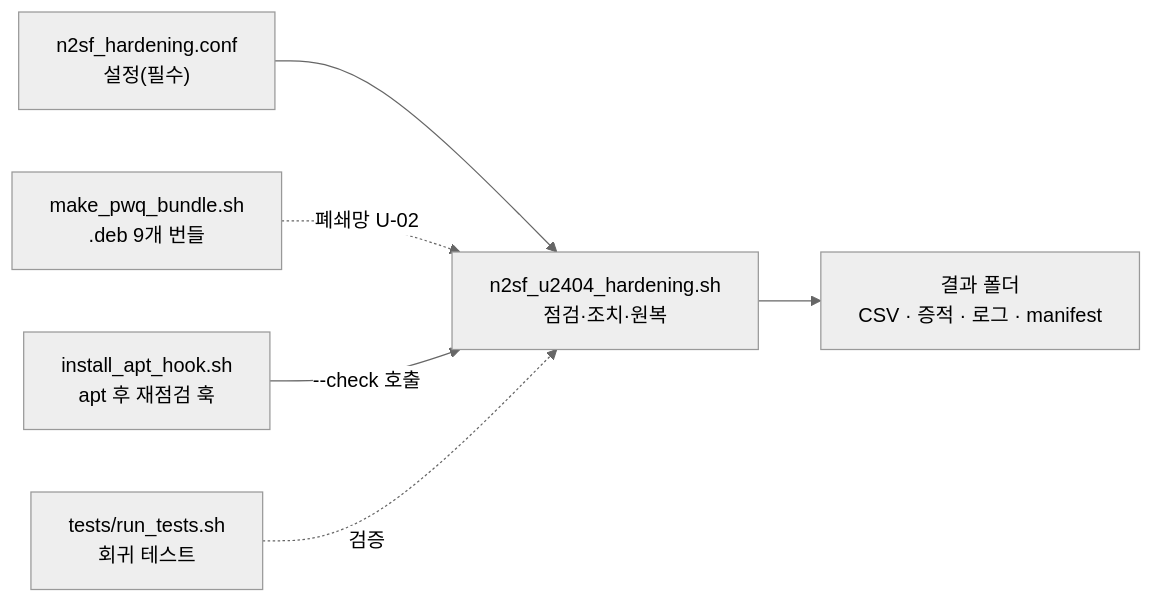
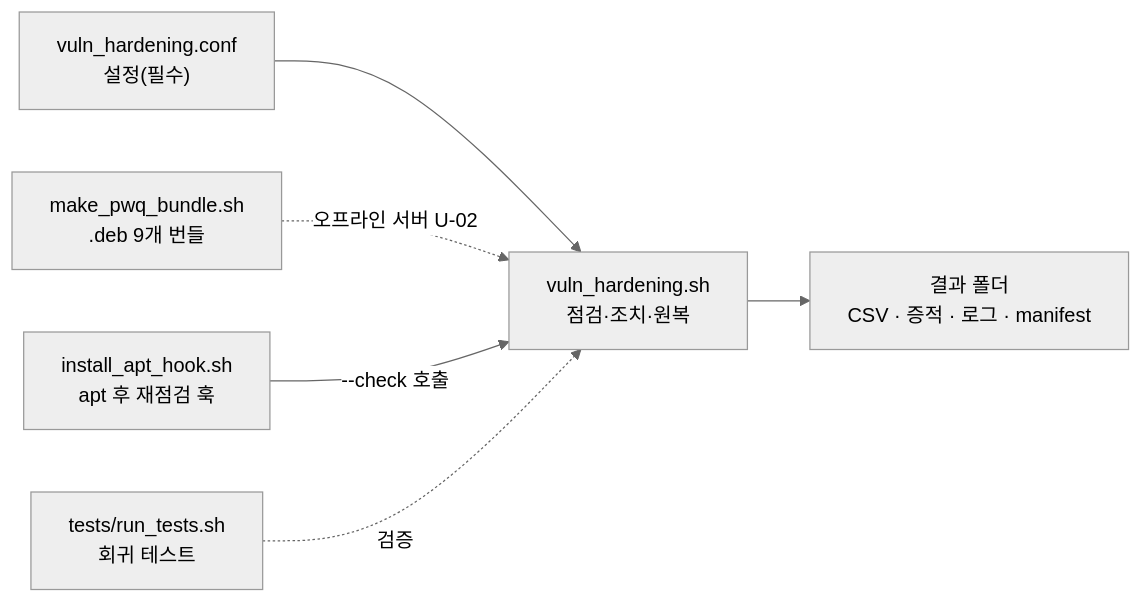
One commit to yanos0218/Tools changed the first of 4 diagrams in vulnerability/docs/architecture.md. Above: the diagram before and after it, drawn with Mermaid (neutral theme). The commit also changed other lines of this file and 11 other files, not shown here.

````diff
--- a/vulnerability/docs/architecture.md
+++ b/vulnerability/docs/architecture.md
@@ -7,8 +7,8 @@
 ```mermaid
 flowchart LR
-  conf["n2sf_hardening.conf<br/>설정(필수)"] --> main["n2sf_u2404_hardening.sh<br/>점검·조치·원복"]
-  bundle["make_pwq_bundle.sh<br/>.deb 9개 번들"] -. "폐쇄망 U-02" .-> main
+  conf["vuln_hardening.conf<br/>설정(필수)"] --> main["vuln_hardening.sh<br/>점검·조치·원복"]
+  bundle["make_pwq_bundle.sh<br/>.deb 9개 번들"] -. "오프라인 서버 U-02" .-> main
   hook["install_apt_hook.sh<br/>apt 후 재점검 훅"] -- "--check 호출" --> main
   tests["tests/run_tests.sh<br/>회귀 테스트"] -. "검증" .-> main
   main --> out["결과 폴더<br/>CSV · 증적 · 로그 · manifest"]
 ```
````
